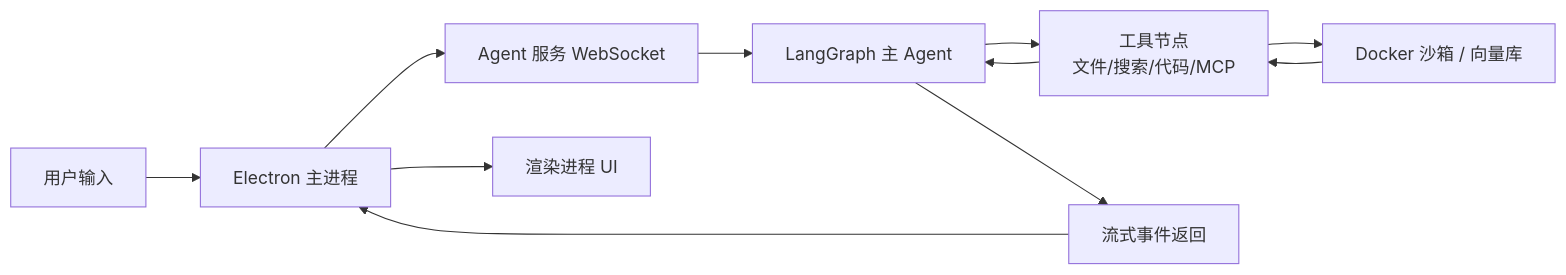
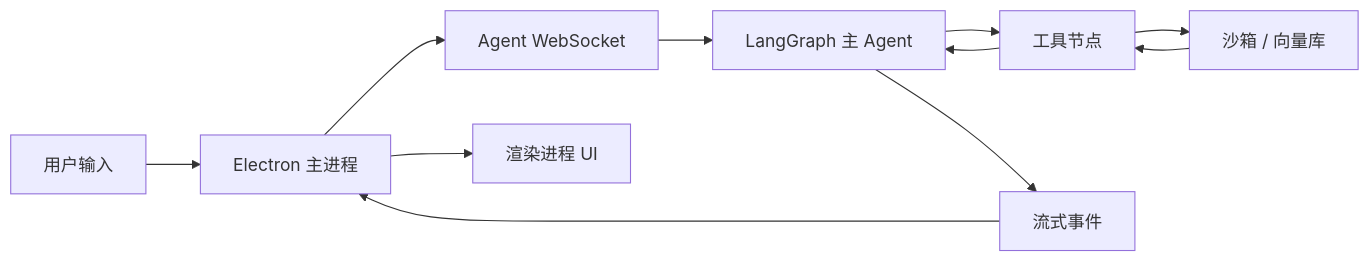
Before and after one commit to Aafff623/fork-Apix-Agent: the diagram in README.md, drawn with Mermaid. The commit also changed other lines of this file and 42 other files, not shown here.

````diff
--- a/README.md
+++ b/README.md
@@ -110,13 +182,13 @@
 ```mermaid
 flowchart LR
-    A["用户输入"] --> B["Electron 主进程"]
-    B --> C["Agent 服务 WebSocket"]
-    C --> D["LangGraph 主 Agent"]
-    D --> E["工具节点<br/>文件/搜索/代码/MCP"]
-    E --> F["Docker 沙箱 / 向量库"]
-    F --> E
-    E --> D
-    D --> G["流式事件返回"]
-    G --> B
-    B --> H["渲染进程 UI"]
+  A["用户输入"] --> B["Electron 主进程"]
+  B --> C["Agent WebSocket"]
+  C --> D["LangGraph 主 Agent"]
+  D --> E["工具节点"]
+  E --> F["沙箱 / 向量库"]
+  F --> E
+  E --> D
+  D --> G["流式事件"]
+  G --> B
+  B --> H["渲染进程 UI"]
 ```
````
